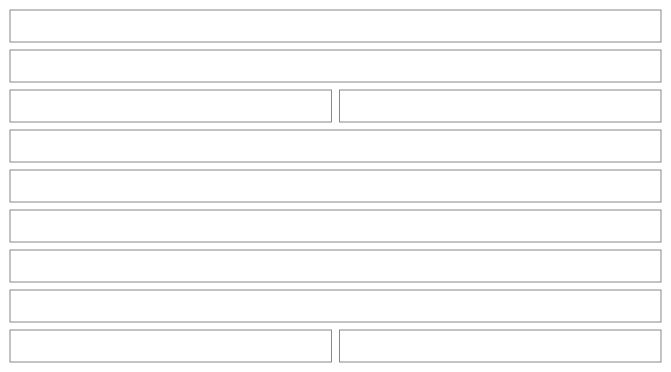
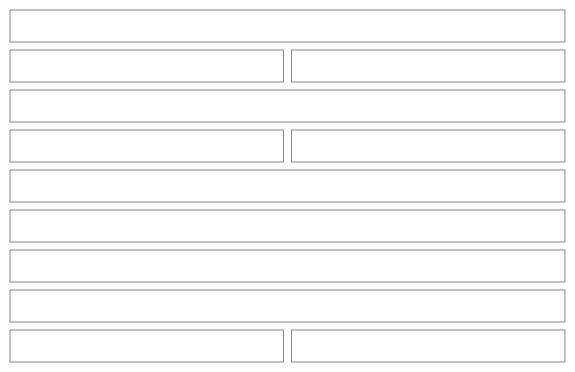
Before and after one commit to NovaMoonX/moondreams-dev-apps: diagram 31 of 54 in src/apps/pinch/UX.md, drawn with Mermaid. The commit also changed other lines of this file and 7 other files, not shown here.

````diff
--- a/src/apps/pinch/UX.md
+++ b/src/apps/pinch/UX.md
@@ -1049,27 +1049,29 @@
 ```mermaid
 %%{init: {'theme': 'base', 'themeVariables': {'primaryColor': 'transparent', 'primaryBorderColor': '#888888', 'primaryTextColor': '#333333', 'lineColor': '#888888'}}}%%
 block-beta
   columns 2
   K1["‹ Adobo chicken & 1 more"]:2
-  K1b["Adobo chicken · Cilantro lime rice  (recipe pills, one selected; only when the plate has two)"]:2
-  K2["Steps"]:1
-  K3["Ingredients"]:1
-  K4["Step 2 of 3  ▬ ● ○"]:2
+  K1b["Adobo chicken  (dish card, on screen)"]:1
+  K1c["Cilantro lime rice · Step 1 of 2"]:1
+  K1n["📝 Oct 13: …Next time double the garlic  ⌄"]:2
+  K4["Step 2 of 3  ▬▬▬▬───"]:1
+  K3["☰ Ingredients"]:1
   K5["Simmer everything with the bay leaves and pepper, covered, for 25 minutes."]:2
-  K5b["In this step · Bay leaves 2 · Black pepper 1 tsp"]:2
-  K6["⏲️ Start 25 min timer"]:2
-  K7["12:41 · Adobo chicken / Marinate the chicken   ⏸  ✕"]:2
+  K6["⏲️ Timer · 25:00   ▶ Start"]:2
+  K5b["For this step · Bay leaves 2 · Black pepper 1 tsp  (quieter tinted block)"]:2
+  K7["12:41 · Adobo chicken / Marinate the chicken   ⏸  ✕  (timers from other steps)"]:2
   K8["Back"]:1
   K9["Next"]:1
   style K1 fill:transparent,stroke:#888888,stroke-width:1px;
   style K1b fill:transparent,stroke:#888888,stroke-width:1px;
-  style K2 fill:transparent,stroke:#888888,stroke-width:1px;
+  style K1c fill:transparent,stroke:#888888,stroke-width:1px;
+  style K1n fill:transparent,stroke:#888888,stroke-width:1px;
   style K3 fill:transparent,stroke:#888888,stroke-width:1px;
   style K4 fill:transparent,stroke:#888888,stroke-width:1px;
   style K5 fill:transparent,stroke:#888888,stroke-width:1px;
   style K5b fill:transparent,stroke:#888888,stroke-width:1px;
   style K6 fill:transparent,stroke:#888888,stroke-width:1px;
   style K7 fill:transparent,stroke:#888888,stroke-width:1px;
   style K8 fill:transparent,stroke:#888888,stroke-width:1px;
   style K9 fill:transparent,stroke:#888888,stroke-width:1px;
 ```
````
